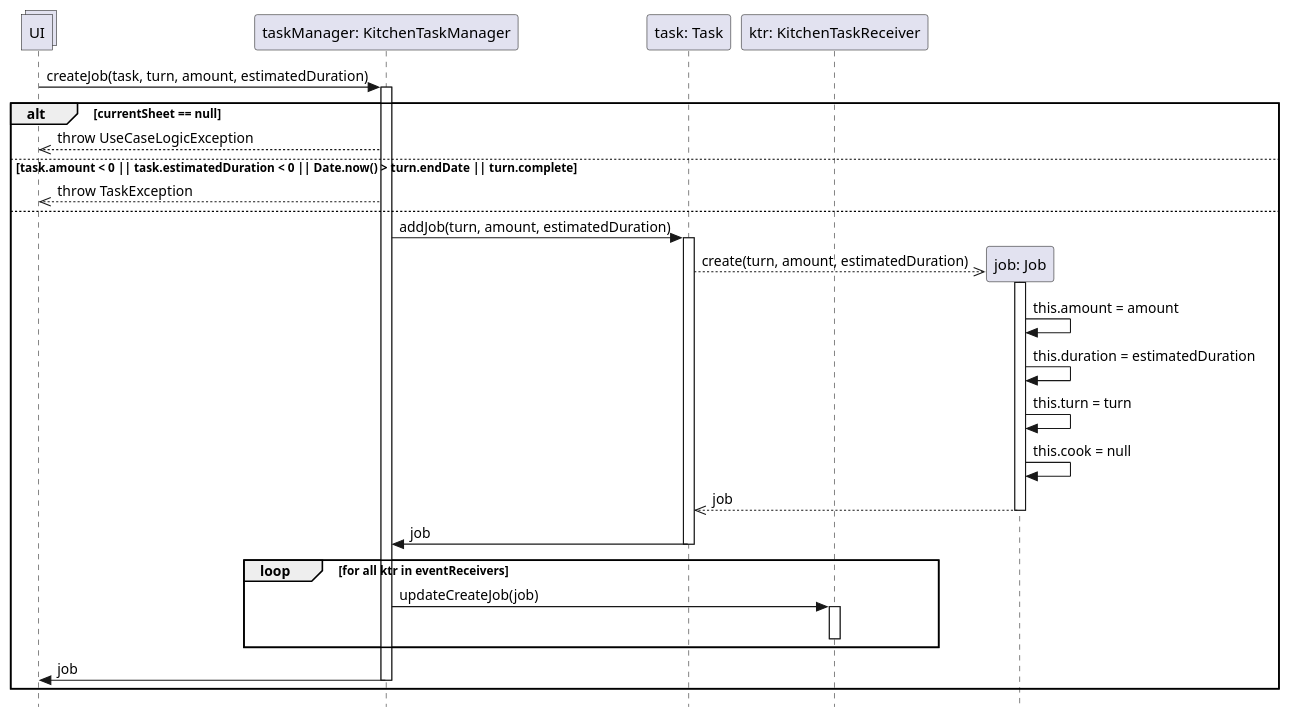
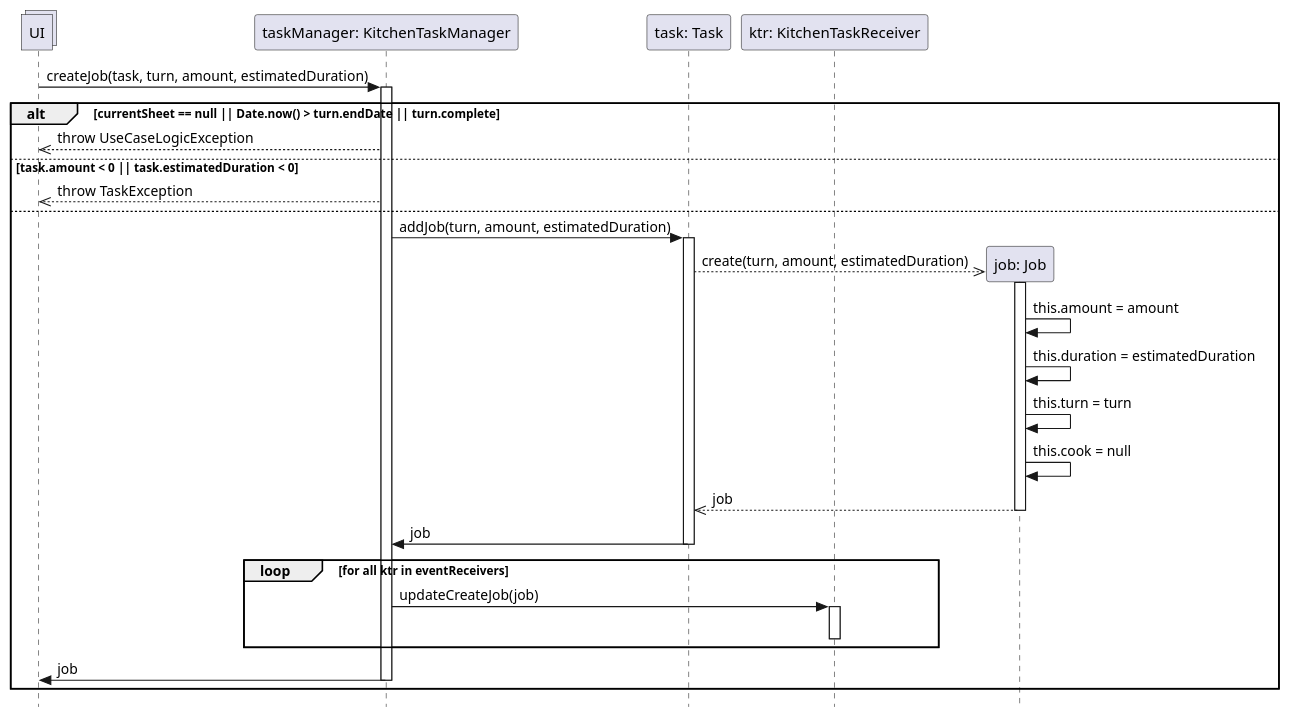
Before and after one commit to stefa168/sas-project: the diagram in DSD Operazione 6.puml, drawn with PlantUML.

Commit message:
Corretto lancio eccezioni

```diff
--- a/DSD Operazione 6.puml
+++ b/DSD Operazione 6.puml
@@ -1,47 +1,47 @@
 @startuml Operazione 6
 skinparam Style strictuml
 
 collections UI
 
 participant "taskManager: KitchenTaskManager" as tm
 UI -> tm: createJob(task, turn, amount, estimatedDuration)
 activate tm
 
 participant "task: Task" as task
 participant "ktr: KitchenTaskReceiver" as ktr
 
-alt currentSheet == null
+alt currentSheet == null || Date.now() > turn.endDate || turn.complete
     UI <<-- tm: throw UseCaseLogicException
-else task.amount < 0 || task.estimatedDuration < 0 || Date.now() > turn.endDate || turn.complete
+else task.amount < 0 || task.estimatedDuration < 0
     UI <<-- tm: throw TaskException
 else
 
     tm -> task: addJob(turn, amount, estimatedDuration)
     activate task
 
     participant "job: Job" as job
     task -->> job**: create(turn, amount, estimatedDuration)
 
     activate job
         job -> job: this.amount = amount
         job -> job: this.duration = estimatedDuration
         job -> job: this.turn = turn
         job -> job: this.cook = null
 
     return job
 
     tm <- task: job
     deactivate task
 
     loop for all ktr in eventReceivers
         tm -> ktr : updateCreateJob(job)
         activate ktr
         deactivate ktr
     end
 
     UI <- tm: job
     deactivate tm
     
 end
 
 @enduml
```
